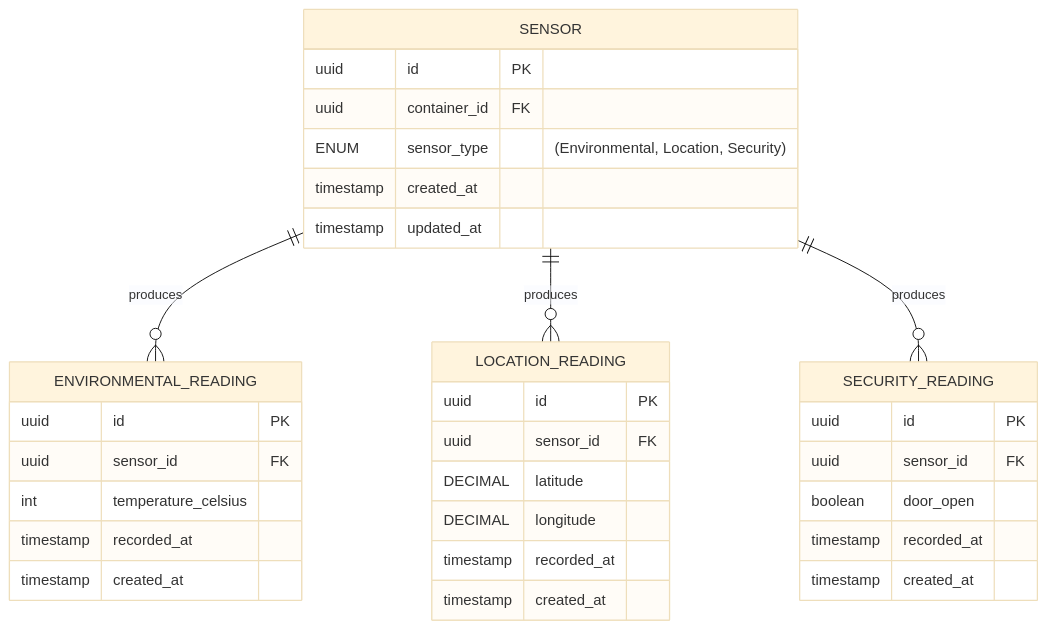
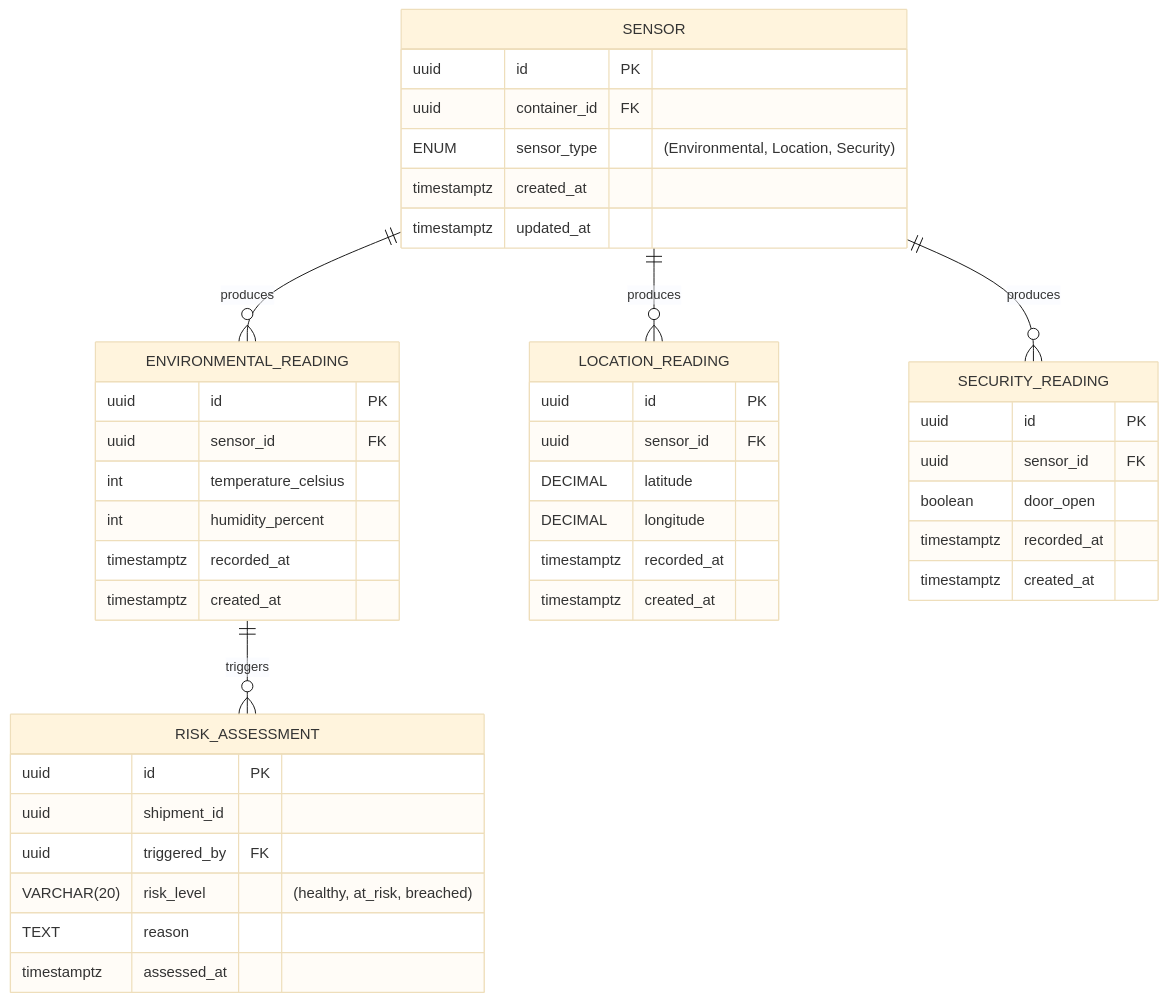
One commit to BadrChoubai/logistics-microservices changed the third of 3 diagrams in ARCHITECTURE.md. Above: the diagram before and after it, drawn with Mermaid (base theme). The commit also changed other lines of this file and 15 other files, not shown here.

````diff
--- a/ARCHITECTURE.md
+++ b/ARCHITECTURE.md
@@ -159,40 +173,50 @@
 ```mermaid
 erDiagram
     SENSOR {
-        uuid            id PK
-        uuid            container_id FK
-        ENUM            sensor_type "(Environmental, Location, Security)"
-        timestamp       created_at
-        timestamp       updated_at
-
+        uuid        id PK
+        uuid        container_id FK
+        ENUM        sensor_type "(Environmental, Location, Security)"
+        timestamptz created_at
+        timestamptz updated_at
     }
 
     ENVIRONMENTAL_READING {
-        uuid            id PK
-        uuid            sensor_id FK
-        int             temperature_celsius
-        timestamp       recorded_at
-        timestamp       created_at
+        uuid        id PK
+        uuid        sensor_id FK
+        int         temperature_celsius
+        int         humidity_percent
+        timestamptz recorded_at
+        timestamptz created_at
     }
 
     LOCATION_READING {
-        uuid            id PK
-        uuid            sensor_id FK
-        DECIMAL         latitude
-        DECIMAL         longitude
-        timestamp       recorded_at
-        timestamp       created_at
+        uuid        id PK
+        uuid        sensor_id FK
+        DECIMAL     latitude
+        DECIMAL     longitude
+        timestamptz recorded_at
+        timestamptz created_at
     }
 
     SECURITY_READING {
-        uuid            id PK
-        uuid            sensor_id FK
-        boolean         door_open
-        timestamp       recorded_at
-        timestamp       created_at
+        uuid        id PK
+        uuid        sensor_id FK
+        boolean     door_open
+        timestamptz recorded_at
+        timestamptz created_at
+    }
+
+    RISK_ASSESSMENT {
+        uuid        id PK
+        uuid        shipment_id
+        uuid        triggered_by FK
+        VARCHAR(20) risk_level "(healthy, at_risk, breached)"
+        TEXT        reason
+        timestamptz assessed_at
     }
 
     SENSOR ||--o{ ENVIRONMENTAL_READING : "produces"
     SENSOR ||--o{ LOCATION_READING : "produces"
     SENSOR ||--o{ SECURITY_READING : "produces"
+    ENVIRONMENTAL_READING ||--o{ RISK_ASSESSMENT : "triggers"
 ```
````
